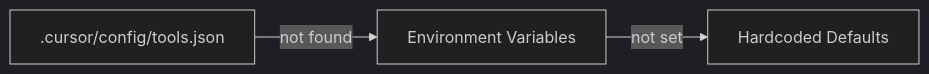
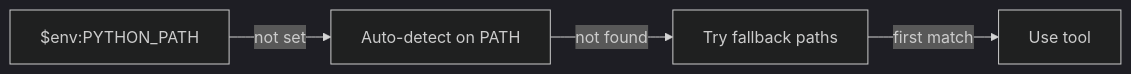
Before and after one commit to gitwalter/cursor-agent-factory: the diagram in docs/CONFIGURATION.md, drawn with Mermaid (dark theme). The commit also changed other lines of this file and 2 other files, not shown here.

First line of the commit message:
feat: Flexible tool path resolution for multi-machine support

````diff
--- a/docs/CONFIGURATION.md
+++ b/docs/CONFIGURATION.md
@@ -13,5 +13,6 @@
 ```mermaid
 flowchart LR
-    A[".cursor/config/tools.json"] -->|not found| B["Environment Variables"]
-    B -->|not set| C["Hardcoded Defaults"]
+    A["$env:PYTHON_PATH"] -->|not set| B["Auto-detect on PATH"]
+    B -->|not found| C["Try fallback paths"]
+    C -->|first match| D["Use tool"]
 ```
````
